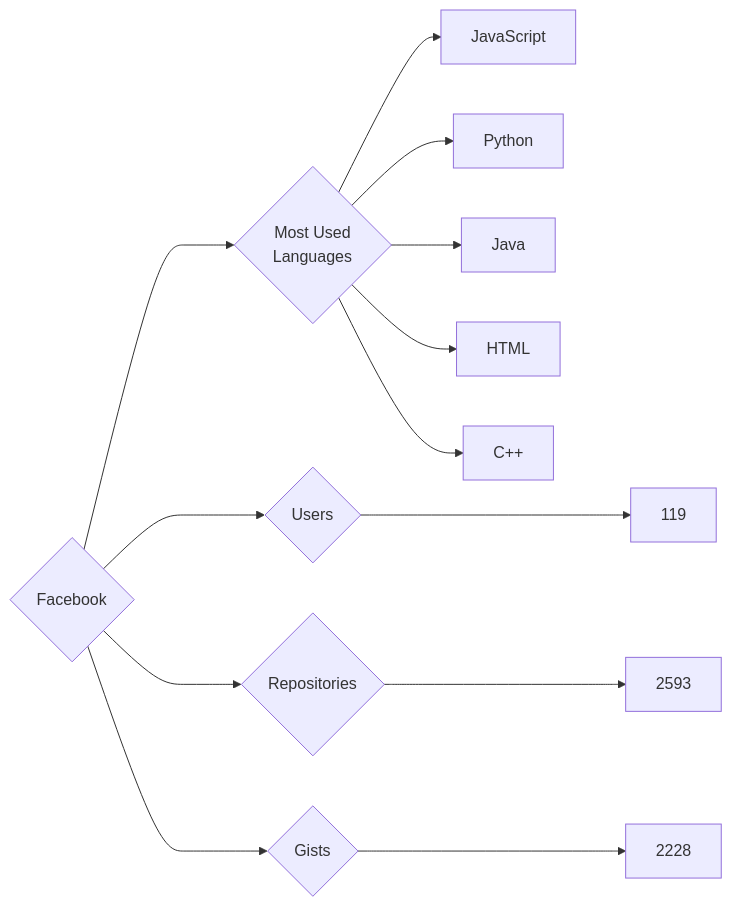
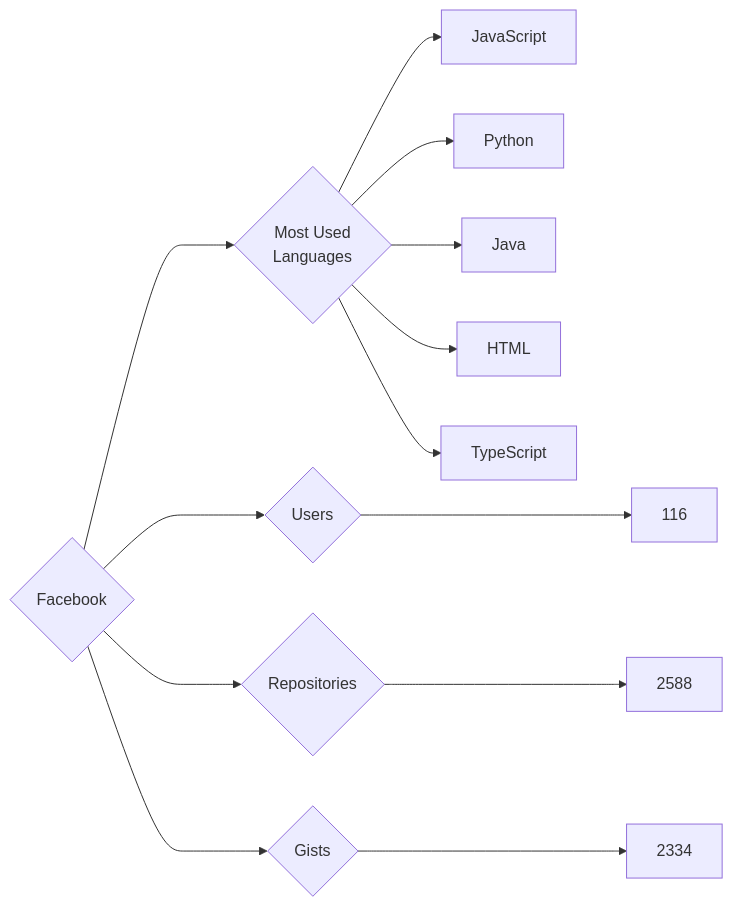
One commit to trickest/insiders changed the diagram in targets/Facebook/README.md. Above: the diagram before and after it, drawn with Mermaid. The commit also changed 870 other files, not shown here.

````diff
--- a/targets/Facebook/README.md
+++ b/targets/Facebook/README.md
@@ -3,13 +3,13 @@
 ```mermaid
 graph LR
 COMPANY_NAME{Facebook}
-COMPANY_NAME ---> U{Users} ---> UN[119]
-COMPANY_NAME ---> R{Repositories} ---> RN[2593]
-COMPANY_NAME ---> G{Gists} ---> GN[2228]
+COMPANY_NAME ---> U{Users} ---> UN[116]
+COMPANY_NAME ---> R{Repositories} ---> RN[2588]
+COMPANY_NAME ---> G{Gists} ---> GN[2334]
 COMPANY_NAME ---> ML{Most Used<br>Languages}
 ML --> JavaScript[JavaScript]
 ML --> Python[Python]
 ML --> Java[Java]
 ML --> HTML[HTML]
-ML --> C++[C++]
+ML --> TypeScript[TypeScript]
 ```
````
